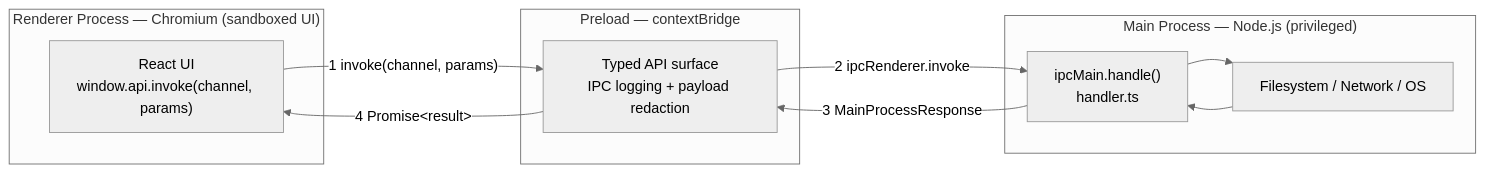
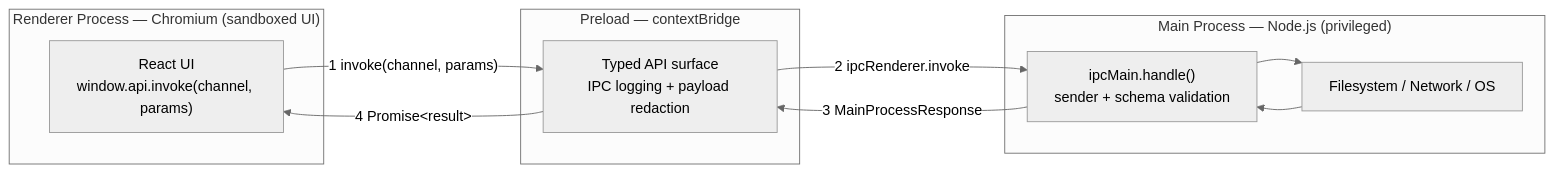
One commit to sandeep-menon/windows-electron-starter-kit changed the first of 2 diagrams in README.md. Above: the diagram before and after it, drawn with Mermaid (neutral theme). The commit also changed other lines of this file and 4 other files, not shown here.

````diff
--- a/README.md
+++ b/README.md
@@ -78,20 +79,20 @@
 ```mermaid
 flowchart LR
     subgraph Renderer["Renderer Process — Chromium (sandboxed UI)"]
         UI["React UI<br/>window.api.invoke(channel, params)"]
     end
     subgraph Preload["Preload — contextBridge"]
         Bridge["Typed API surface<br/>IPC logging + payload redaction"]
     end
     subgraph Main["Main Process — Node.js (privileged)"]
-        Handlers["ipcMain.handle()<br/>handler.ts"]
+        Handlers["ipcMain.handle()<br/>sender + schema validation"]
         Work["Filesystem / Network / OS"]
     end
 
     UI -->|"1 invoke(channel, params)"| Bridge
     Bridge -->|"2 ipcRenderer.invoke"| Handlers
     Handlers --> Work
     Work --> Handlers
     Handlers -->|"3 MainProcessResponse"| Bridge
     Bridge -->|"4 Promise&lt;result&gt;"| UI
 ```
````
